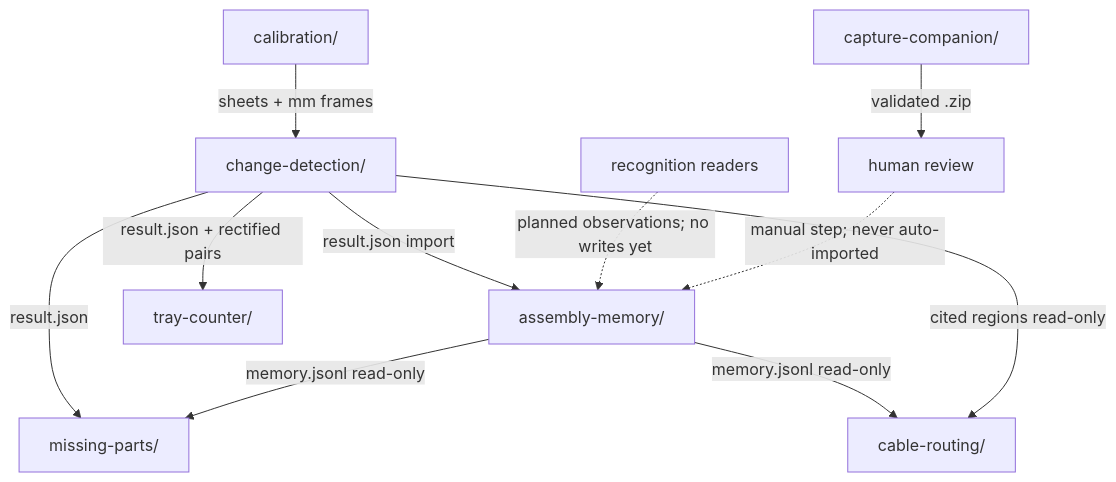
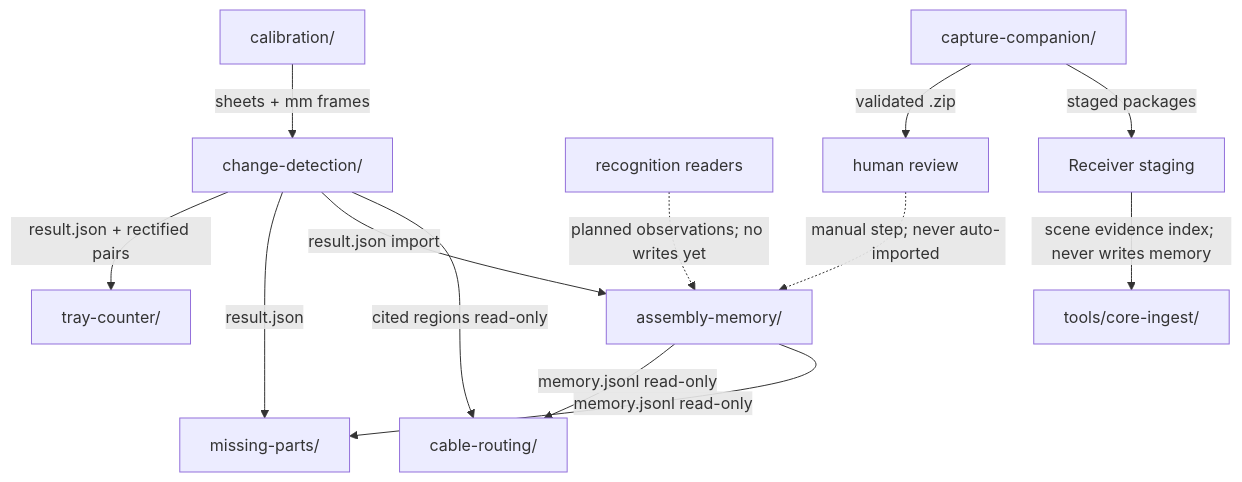
One commit to valentin-englert/Anastylos changed the diagram in ARCHITECTURE.md. Above: the diagram before and after it, drawn with Mermaid. The commit also changed other lines of this file, not shown here.

Commit message:
docs: reconcile architecture with consolidated main

````diff
--- a/ARCHITECTURE.md
+++ b/ARCHITECTURE.md
@@ -76,21 +88,23 @@
 ```mermaid
 flowchart TD
     CAL[calibration/]
     CD[change-detection/]
     MEM[assembly-memory/]
     READERS[recognition readers]
     TRAY[tray-counter/]
     MISS[missing-parts/]
     CAB[cable-routing/]
     CAP[capture-companion/]
     CAL -->|sheets + mm frames| CD
     CD -->|result.json + rectified pairs| TRAY
     CD -->|result.json| MISS
     CD -->|result.json import| MEM
     READERS -.->|planned observations; no writes yet| MEM
     MEM -->|memory.jsonl read-only| CAB
     CD -->|cited regions read-only| CAB
     MEM -->|memory.jsonl read-only| MISS
     CAP -->|validated .zip| REV[human review]
     REV -.->|manual step; never auto-imported| MEM
+    CAP -->|staged packages| RECV[Receiver staging]
+    RECV -->|scene evidence index; never writes memory| CORE[tools/core-ingest/]
 ```
````
